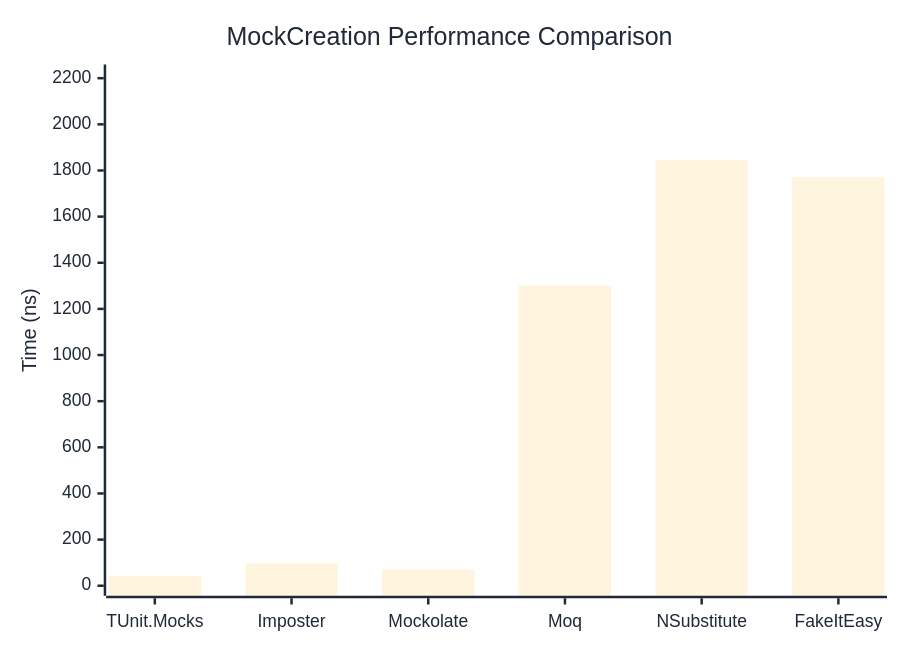
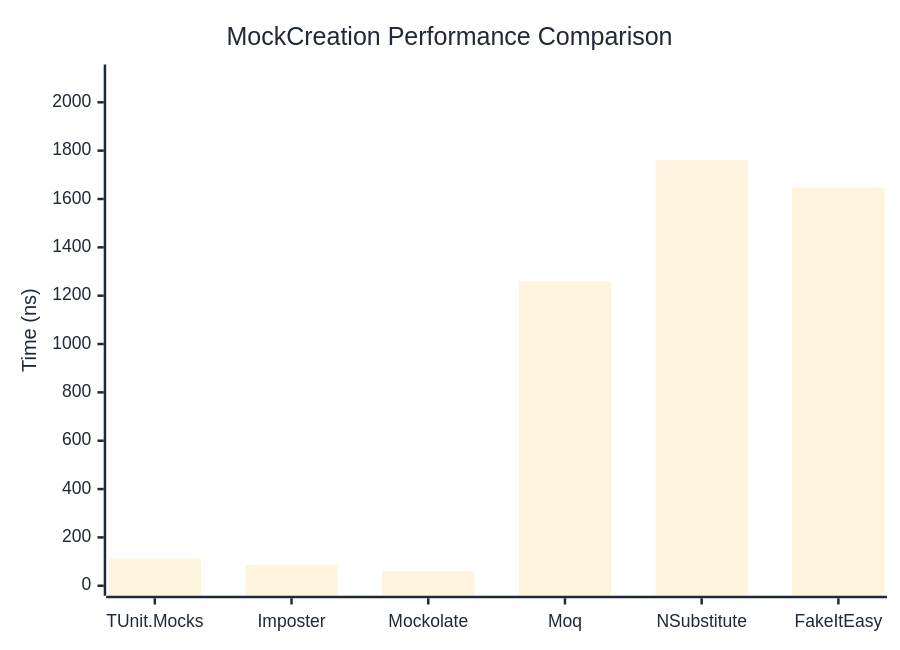
Before and after one commit to thomhurst/TUnit: the first of 2 diagrams in docs/docs/benchmarks/mocks/MockCreation.md, drawn with Mermaid. The commit also changed other lines of this file and 13 other files, not shown here.

````diff
--- a/docs/docs/benchmarks/mocks/MockCreation.md
+++ b/docs/docs/benchmarks/mocks/MockCreation.md
@@ -28,27 +28,27 @@
 ```mermaid
 %%{init: {
   'theme':'base',
   'themeVariables': {
     'primaryColor': '#2563eb',
     'primaryTextColor': '#1f2937',
     'primaryBorderColor': '#1e40af',
     'lineColor': '#6b7280',
     'secondaryColor': '#7c3aed',
     'tertiaryColor': '#dc2626',
     'background': '#ffffff',
     'pie1': '#2563eb',
     'pie2': '#7c3aed',
     'pie3': '#dc2626',
     'pie4': '#f59e0b',
     'pie5': '#10b981',
     'pie6': '#06b6d4',
     'pie7': '#ec4899',
     'pie8': '#6366f1'
   }
 }}%%
 xychart-beta
   title "MockCreation Performance Comparison"
   x-axis ["TUnit.Mocks", "Imposter", "Mockolate", "Moq", "NSubstitute", "FakeItEasy"]
-  y-axis "Time (ns)" 0 --> 2216
-  bar [42.43, 96, 70.83, 1300.61, 1845.95, 1770.65]
+  y-axis "Time (ns)" 0 --> 2115
+  bar [112.73, 85.8, 60.44, 1259.29, 1761.86, 1647.55]
 ```
````
